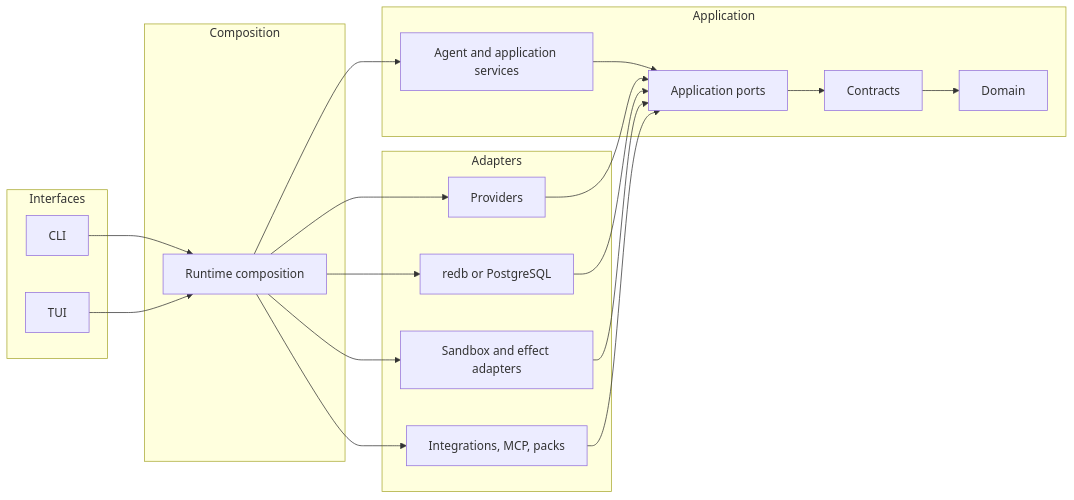
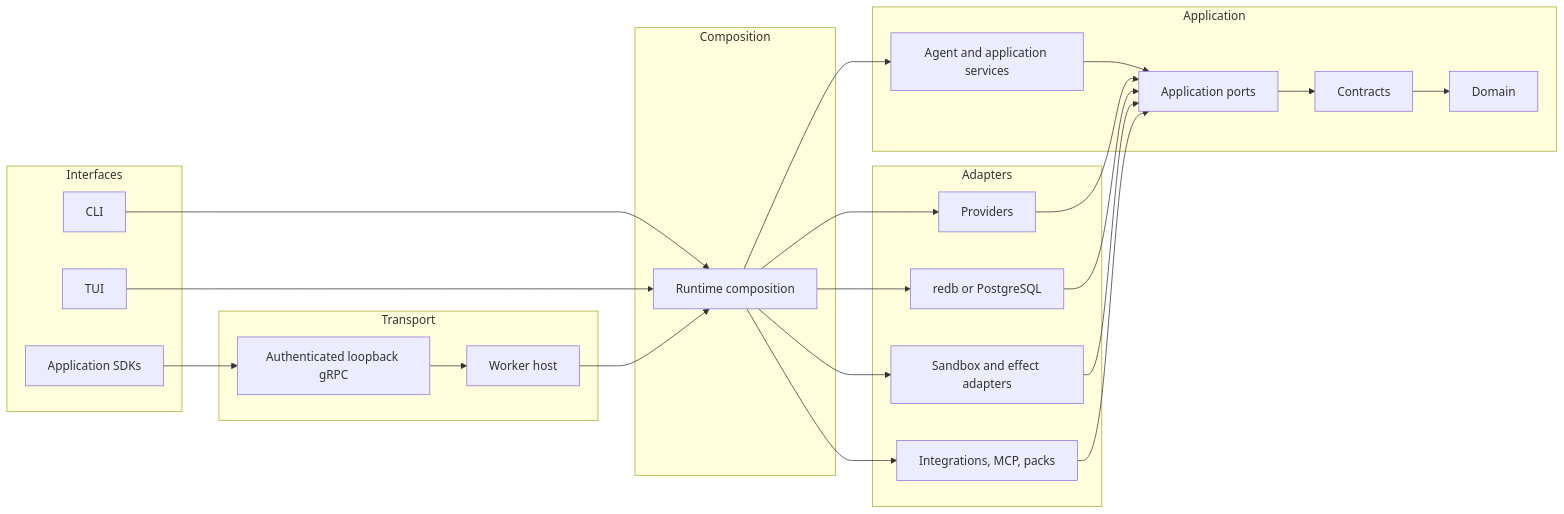
One commit to obscuritylabs/Colossus changed the diagram in docs/develop/architecture.md. Above: the diagram before and after it, drawn with Mermaid. The commit also changed other lines of this file and 192 other files, not shown here.

````diff
--- a/docs/develop/architecture.md
+++ b/docs/develop/architecture.md
@@ -16,37 +16,45 @@
 ```mermaid
 flowchart LR
     subgraph Interfaces
       CLI["CLI"]
       TUI["TUI"]
+      SDK["Application SDKs"]
+    end
+    subgraph Transport
+      GRPC["Authenticated loopback gRPC"]
+      Worker["Worker host"]
     end
     subgraph Composition
       Runtime["Runtime composition"]
     end
     subgraph Application
       Agent["Agent and application services"]
       Ports["Application ports"]
       Contracts["Contracts"]
       Domain["Domain"]
     end
     subgraph Adapters
       Provider["Providers"]
       Journal["redb or PostgreSQL"]
       Sandbox["Sandbox and effect adapters"]
       Extensions["Integrations, MCP, packs"]
     end
 
     CLI --> Runtime
     TUI --> Runtime
+    SDK --> GRPC
+    GRPC --> Worker
+    Worker --> Runtime
     Runtime --> Agent
     Agent --> Ports
     Ports --> Contracts
     Contracts --> Domain
     Runtime --> Provider
     Runtime --> Journal
     Runtime --> Sandbox
     Runtime --> Extensions
     Provider --> Ports
     Journal --> Ports
     Sandbox --> Ports
     Extensions --> Ports
 ```
````
